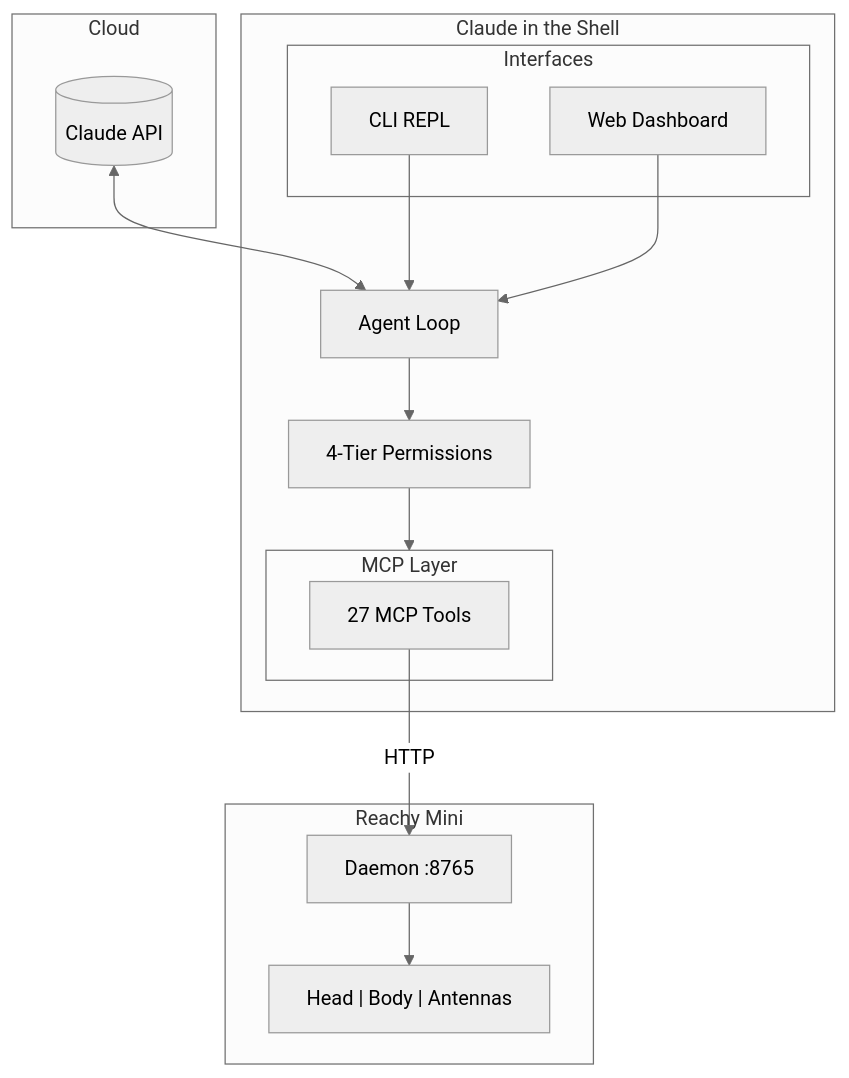
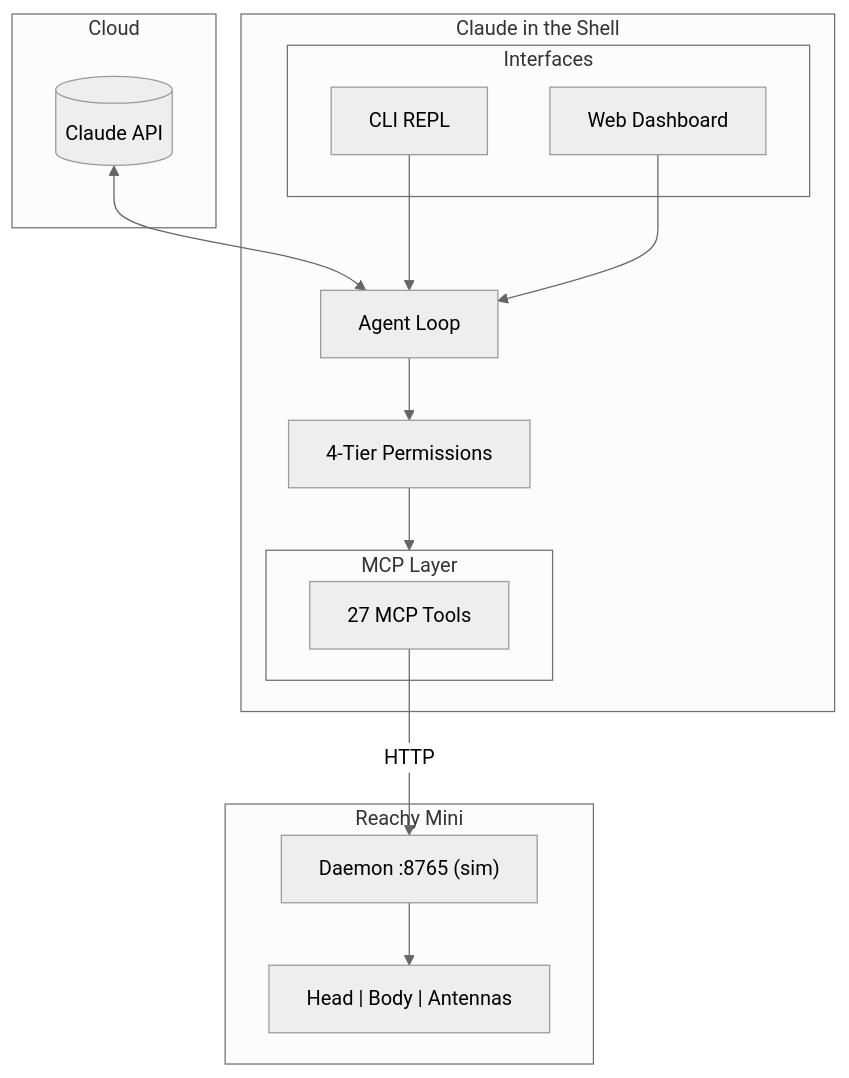
Before and after one commit to jawhnycooke/claude-in-the-shell: the diagram in docs/index.md, drawn with Mermaid (neutral theme). The commit also changed 1 other file, not shown here.

Commit message:
fix(docs): Complete project structure and clarify port labels
Project Structure:
- Add prompts/ directory with subdirectories
- Add tests/ subdirectories (integration, simulation, unit)
- Add docs/diagrams/ directory
- Add memory/storage/ subdirectory

Port Labels:
- Clarify :8765 is simulation port in architecture diagrams

````diff
--- a/docs/index.md
+++ b/docs/index.md
@@ -34,33 +34,33 @@
 ```mermaid
 flowchart TB
     subgraph Cloud["Cloud"]
         CLAUDE[(Claude API)]
     end
 
     subgraph Agent["Claude in the Shell"]
         SDK["Agent Loop"]
         PERM["4-Tier Permissions"]
 
         subgraph Interface["Interfaces"]
             CLI["CLI REPL"]
             WEB["Web Dashboard"]
         end
 
         subgraph MCP["MCP Layer"]
             TOOLS["27 MCP Tools"]
         end
     end
 
     subgraph Hardware["Reachy Mini"]
-        DAEMON["Daemon :8765"]
+        DAEMON["Daemon :8765 (sim)"]
         ROBOT["Head | Body | Antennas"]
     end
 
     CLAUDE <--> SDK
     SDK --> PERM
     PERM --> MCP
     CLI --> SDK
     WEB --> SDK
     TOOLS -->|HTTP| DAEMON
     DAEMON --> ROBOT
 ```
````
